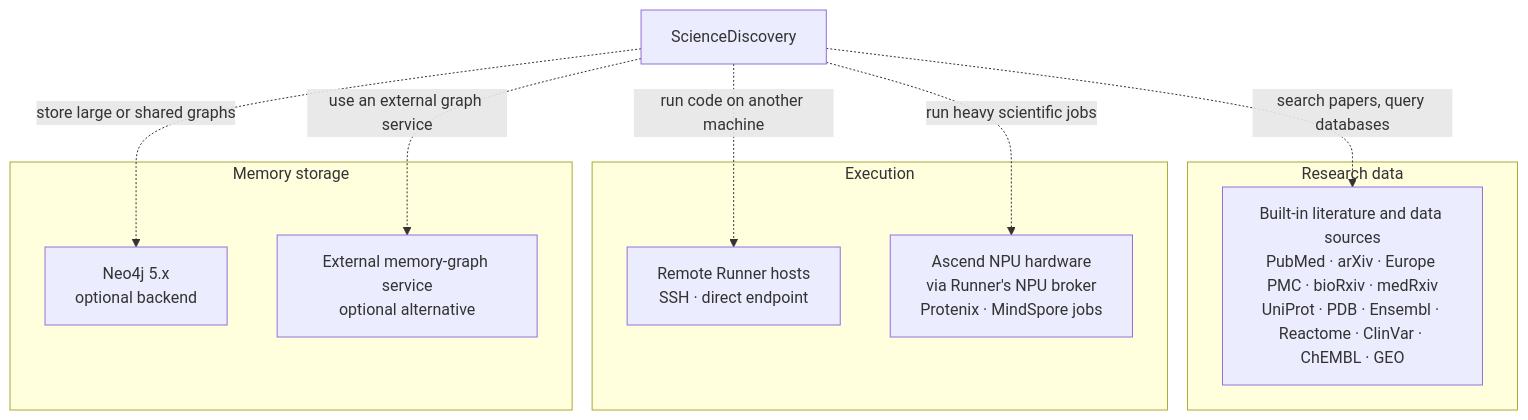
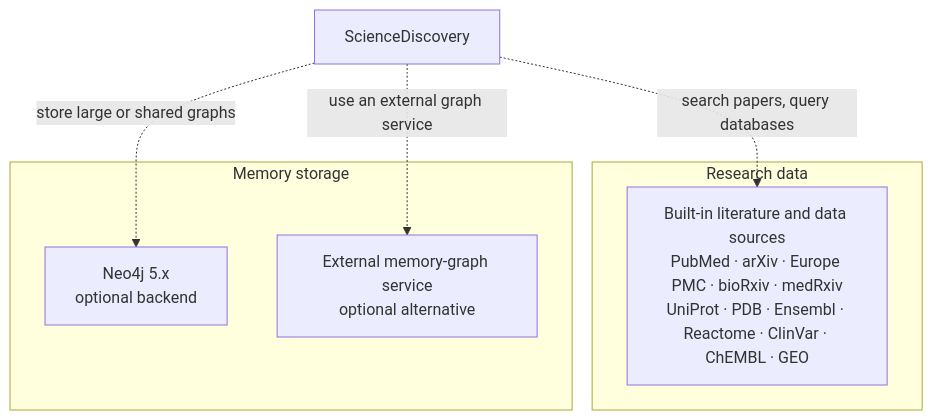
Before and after one commit to michaelatamuk/agentic-desk: the second of 5 diagrams in company/sciencediscovery/overview.md, drawn with Mermaid. The commit also changed other lines of this file, not shown here.

Commit message:
docs(company): separate execution from optional extras in ScienceDiscovery

````diff
--- a/company/sciencediscovery/overview.md
+++ b/company/sciencediscovery/overview.md
@@ -109,24 +147,17 @@
 ```mermaid
 flowchart TD
   SD["ScienceDiscovery"]
 
   subgraph DATA["Research data"]
     L["Built-in literature and data sources<br/>PubMed · arXiv · Europe PMC · bioRxiv · medRxiv<br/>UniProt · PDB · Ensembl · Reactome · ClinVar · ChEMBL · GEO"]
   end
 
-  subgraph EXEC["Execution"]
-    R["Remote Runner hosts<br/>SSH · direct endpoint"]
-    NPU["Ascend NPU hardware<br/>via Runner's NPU broker<br/>Protenix · MindSpore jobs"]
-  end
-
   subgraph MEM["Memory storage"]
     NEO["Neo4j 5.x<br/>optional backend"]
     EXT["External memory-graph service<br/>optional alternative"]
   end
 
   SD -.->|"search papers, query databases"| L
-  SD -.->|"run code on another machine"| R
-  SD -.->|"run heavy scientific jobs"| NPU
   SD -.->|"store large or shared graphs"| NEO
   SD -.->|"use an external graph service"| EXT
 ```
````
